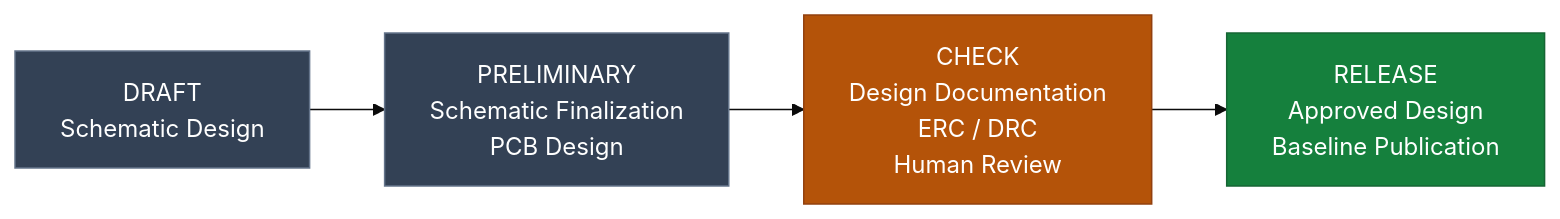
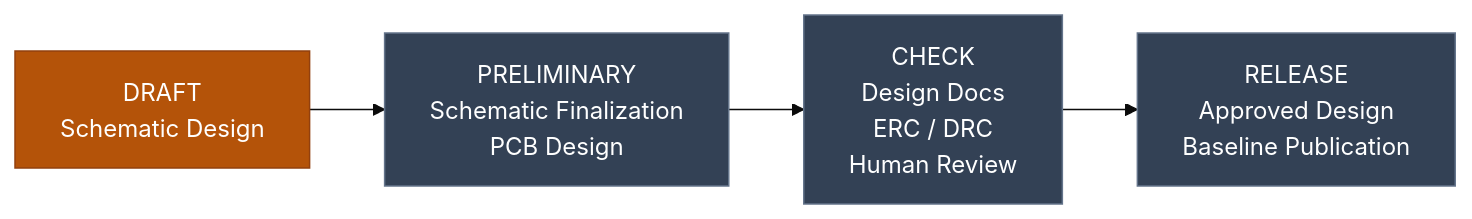
One commit to Natchpai/AeroOptix-Horizon changed the diagram in README.md. Above: the diagram before and after it, drawn with Mermaid (base theme). The commit also changed other lines of this file and 1 other file, not shown here.

Commit message:
docs(readme): simplify workflow diagram explanation
Mark DRAFT as under review, sync CHECK label, and add a colour key in README and template.

````diff
--- a/README.md
+++ b/README.md
@@ -62,19 +62,20 @@
 ```mermaid
 flowchart LR
     A["DRAFT<br/>Schematic Design"]
     B["PRELIMINARY<br/>Schematic Finalization<br/>PCB Design"]
-    C["CHECK<br/>Design Documentation<br/>ERC / DRC<br/>Human Review"]
+    C["CHECK<br/>Design Docs<br/>ERC / DRC<br/>Human Review"]
     D["RELEASE<br/>Approved Design<br/>Baseline Publication"]
 
     A --> B
     B --> C
     C --> D
 
-    classDef active fill:#334155,color:#ffffff,stroke:#64748b
+    classDef inactive fill:#334155,color:#ffffff,stroke:#64748b
     classDef review fill:#b45309,color:#ffffff,stroke:#92400e
-    classDef released fill:#15803d,color:#ffffff,stroke:#166534
+    classDef done fill:#15803d,color:#ffffff,stroke:#166534
 
-    class A,B active
-    class C review
-    class D released
+    class A review
+    class B inactive
+    class C inactive
+    class D inactive
 ```
````
